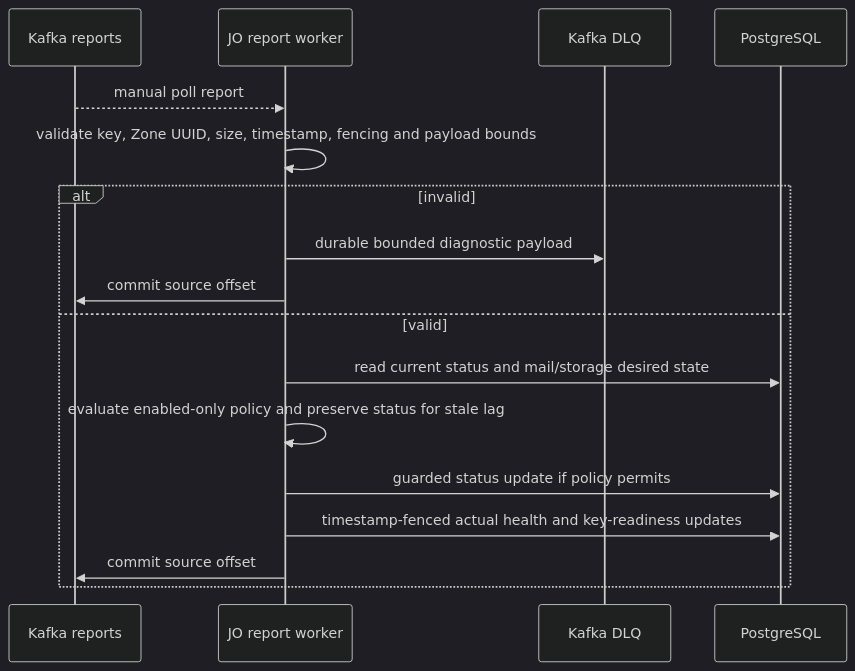
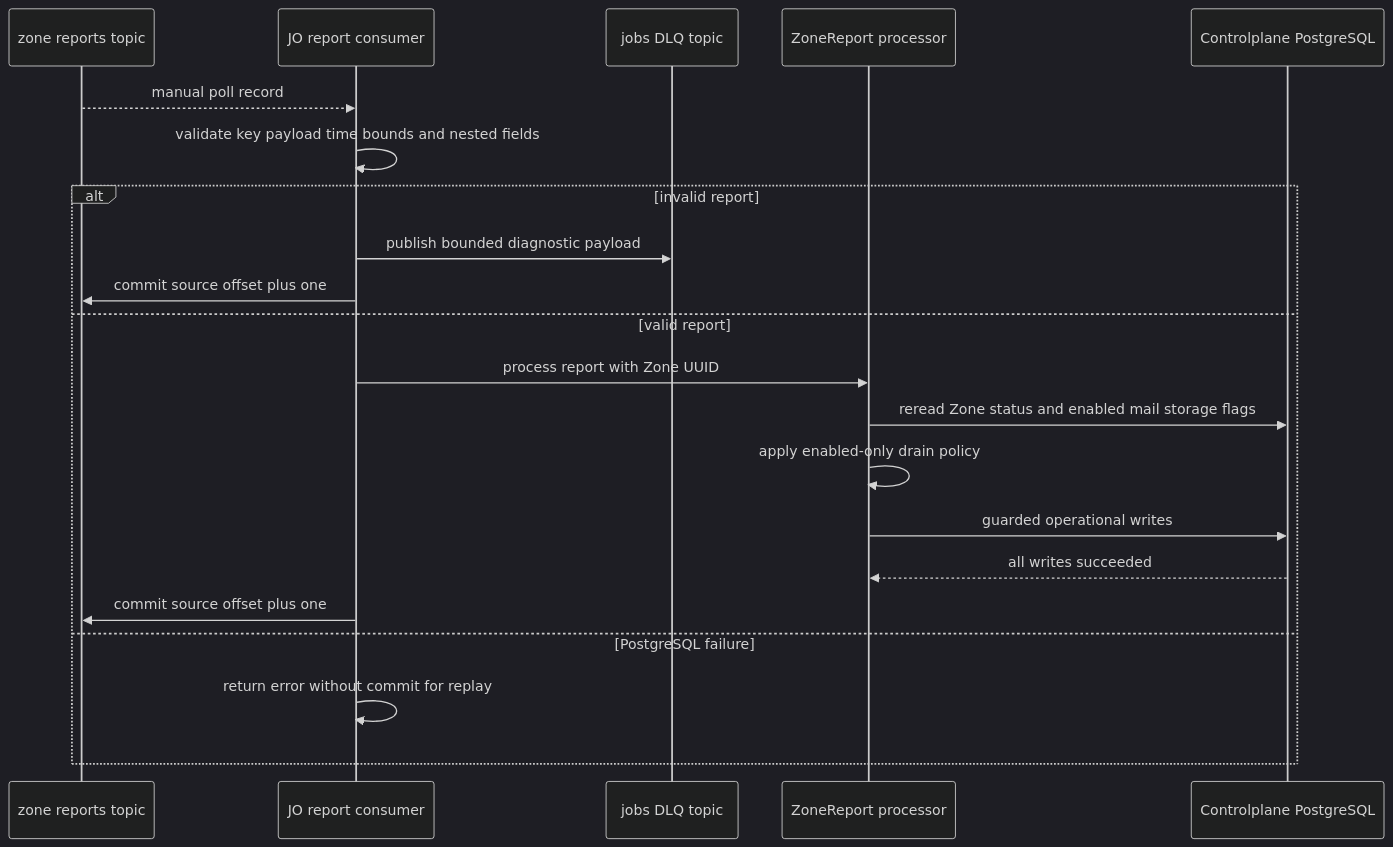
One commit to phucle996/aurora changed the third of 4 diagrams in god_view/zone_runtime/zone_health_report_writeback_god_view_workflow.md. Above: the diagram before and after it, drawn with Mermaid (dark theme). The commit also changed other lines of this file and 68 other files, not shown here.

Commit message:
refactor zone storage transfer and update architecture docs

````diff
--- a/god_view/zone_runtime/zone_health_report_writeback_god_view_workflow.md
+++ b/god_view/zone_runtime/zone_health_report_writeback_god_view_workflow.md
@@ -55,19 +157,24 @@
 ```mermaid
 sequenceDiagram
-    participant K as Kafka reports
-    participant J as JO report worker
-    participant DLQ as Kafka DLQ
-    participant PG as PostgreSQL
-    K-->>J: manual poll report
-    J->>J: validate key, Zone UUID, size, timestamp, fencing and payload bounds
-    alt invalid
-        J->>DLQ: durable bounded diagnostic payload
-        J->>K: commit source offset
-    else valid
-        J->>PG: read current status and mail/storage desired state
-        J->>J: evaluate enabled-only policy and preserve status for stale lag
-        J->>PG: guarded status update if policy permits
-        J->>PG: timestamp-fenced actual health and key-readiness updates
-        J->>K: commit source offset
+    participant KR as zone reports topic
+    participant JC as JO report consumer
+    participant DLQ as jobs DLQ topic
+    participant PR as ZoneReport processor
+    participant PG as Controlplane PostgreSQL
+
+    KR-->>JC: manual poll record
+    JC->>JC: validate key payload time bounds and nested fields
+    alt invalid report
+        JC->>DLQ: publish bounded diagnostic payload
+        JC->>KR: commit source offset plus one
+    else valid report
+        JC->>PR: process report with Zone UUID
+        PR->>PG: reread Zone status and enabled mail storage flags
+        PR->>PR: apply enabled-only drain policy
+        PR->>PG: guarded operational writes
+        PG-->>PR: all writes succeeded
+        JC->>KR: commit source offset plus one
+    else PostgreSQL failure
+        JC->>JC: return error without commit for replay
     end
 ```
````
